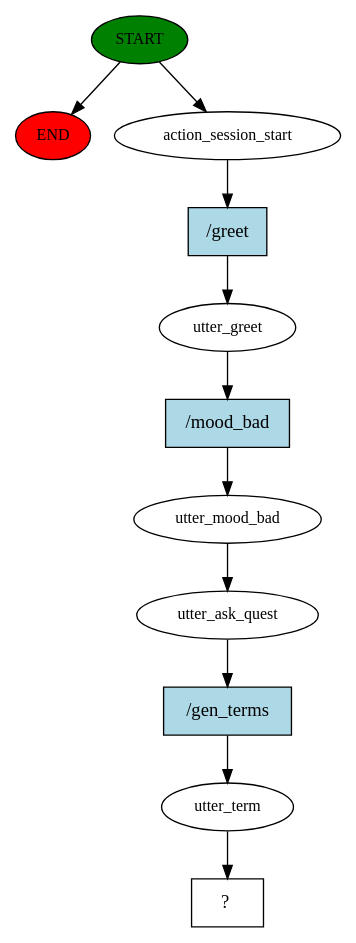
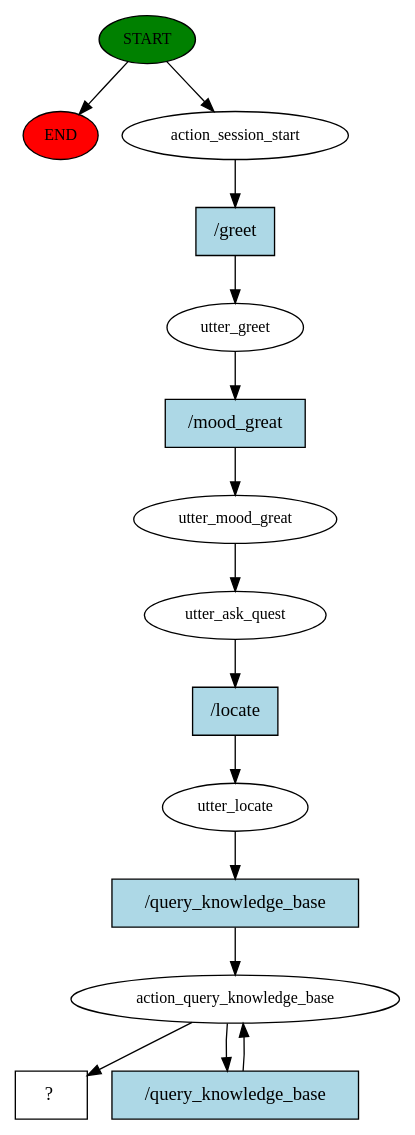
One commit to mebaidoo/Medical-Chatbot-Capstone changed the diagram in story_graph.dot. Above: the diagram before and after it, drawn with Graphviz. The commit also changed 488 other files, not shown here.

Commit message:
Update knowledge base

```diff
--- a/story_graph.dot
+++ b/story_graph.dot
@@ -1,28 +1,30 @@
 digraph  {
 0 [class="start active", fillcolor=green, fontsize=12, label=START, style=filled];
 "-1" [class=end, fillcolor=red, fontsize=12, label=END, style=filled];
 1 [class=active, fontsize=12, label=action_session_start];
 2 [class=active, fontsize=12, label=utter_greet];
-3 [class=active, fontsize=12, label=utter_mood_bad];
+3 [class=active, fontsize=12, label=utter_mood_great];
 4 [class=active, fontsize=12, label=utter_ask_quest];
-5 [class=active, fontsize=12, label=action_query_knowledge_base];
-6 [class="intent dashed active", label="  ?  ", shape=rect];
-7 [class="intent active", fillcolor=lightblue, label="/greet", shape=rect, style=filled];
-8 [class="intent active", fillcolor=lightblue, label="/mood_great", shape=rect, style=filled];
-9 [class="intent active", fillcolor=lightblue, label="/query_knowledge_base", shape=rect, style=filled];
-5 [class=active, fontsize=12, label=utter_term];
-6 [class="intent dashed active", label="  ?  ", shape=rect];
-7 [class="intent active", fillcolor=lightblue, label="/greet", shape=rect, style=filled];
-8 [class="intent active", fillcolor=lightblue, label="/mood_bad", shape=rect, style=filled];
-9 [class="intent active", fillcolor=lightblue, label="/gen_terms", shape=rect, style=filled];
+5 [class=active, fontsize=12, label=utter_locate];
+6 [class=active, fontsize=12, label=action_query_knowledge_base];
+8 [class="intent dashed active", label="  ?  ", shape=rect];
+9 [class="intent active", fillcolor=lightblue, label="/greet", shape=rect, style=filled];
+10 [class="intent active", fillcolor=lightblue, label="/mood_great", shape=rect, style=filled];
+11 [class="intent active", fillcolor=lightblue, label="/locate", shape=rect, style=filled];
+12 [class="intent active", fillcolor=lightblue, label="/query_knowledge_base", shape=rect, style=filled];
+13 [class="intent active", fillcolor=lightblue, label="/query_knowledge_base", shape=rect, style=filled];
 0 -> "-1"  [class="", key=NONE, label=""];
 0 -> 1  [class=active, key=NONE, label=""];
-1 -> 7  [class=active, key=0];
-2 -> 8  [class=active, key=0];
+1 -> 9  [class=active, key=0];
+2 -> 10  [class=active, key=0];
 3 -> 4  [class=active, key=NONE, label=""];
-4 -> 9  [class=active, key=0];
-5 -> 6  [class=active, key=NONE, label=""];
-7 -> 2  [class=active, key=0];
-8 -> 3  [class=active, key=0];
-9 -> 5  [class=active, key=0];
+4 -> 11  [class=active, key=0];
+5 -> 12  [class=active, key=0];
+6 -> 8  [class=active, key=NONE, label=""];
+6 -> 13  [class=active, key=0];
+9 -> 2  [class=active, key=0];
+10 -> 3  [class=active, key=0];
+11 -> 5  [class=active, key=0];
+12 -> 6  [class=active, key=0];
+13 -> 6  [class=active, key=0];
 }
```
